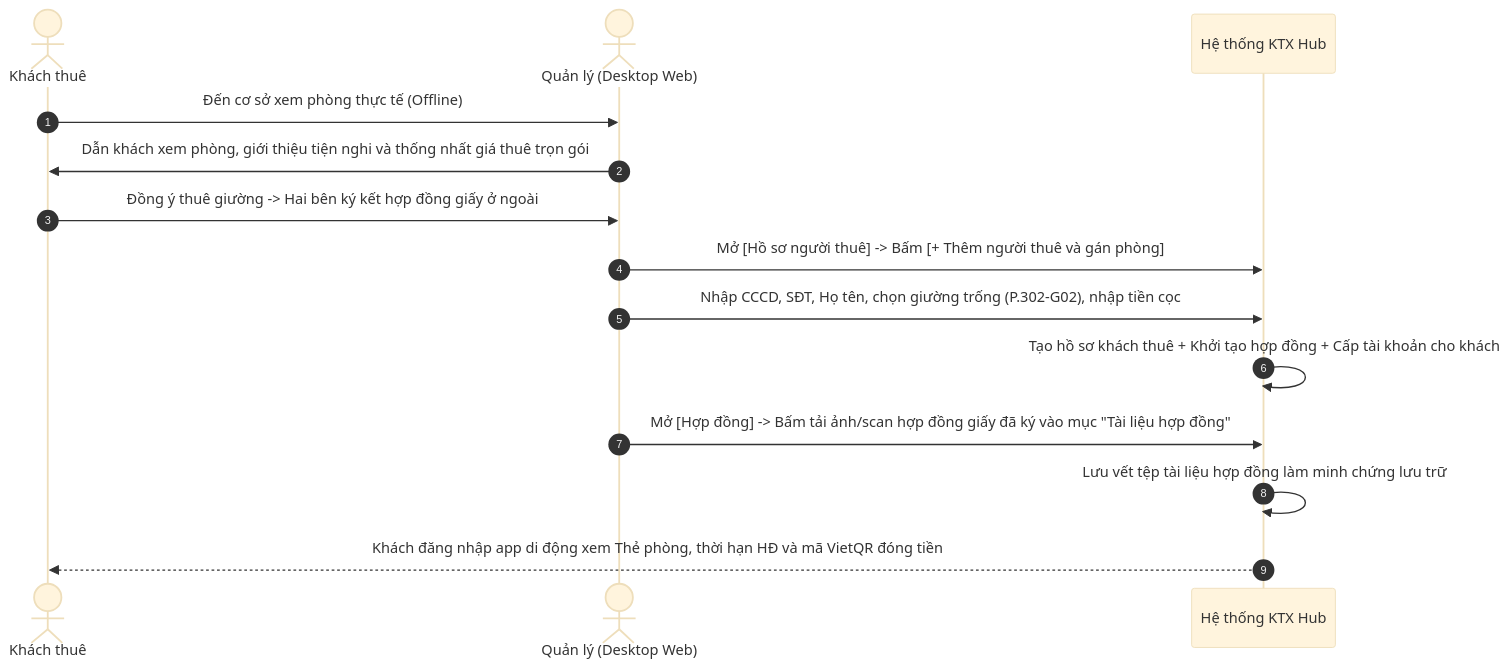
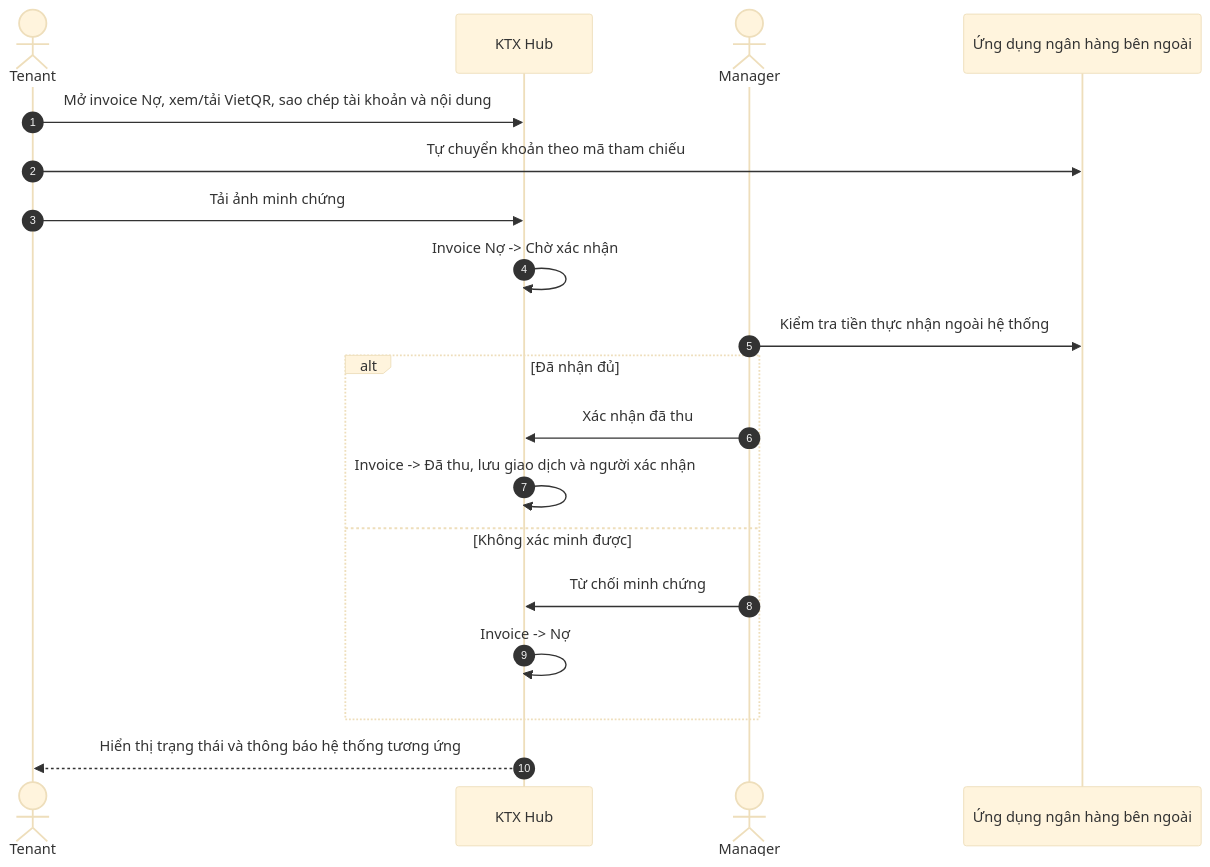
Before and after one commit to Quan-ly-ktx/quan-ly-ktx-be: the third of 8 diagrams in docs/SRS.md, drawn with Mermaid (base theme). The commit also changed other lines of this file and 2 other files, not shown here.

Commit message:
docs: update srs, erd

````diff
--- a/docs/SRS.md
+++ b/docs/SRS.md
@@ -674,17 +1023,21 @@
 ```mermaid
 sequenceDiagram
     autonumber
-    actor Khach as Khách thuê
-    actor BQL as Quản lý (Desktop Web)
-    participant Sys as Hệ thống KTX Hub
-
-    Khach->>BQL: Đến cơ sở xem phòng thực tế (Offline)
-    BQL->>Khach: Dẫn khách xem phòng, giới thiệu tiện nghi và thống nhất giá thuê trọn gói
-    Khach->>BQL: Đồng ý thuê giường -> Hai bên ký kết hợp đồng giấy ở ngoài
-    BQL->>Sys: Mở [Hồ sơ người thuê] -> Bấm [+ Thêm người thuê và gán phòng]
-    BQL->>Sys: Nhập CCCD, SĐT, Họ tên, chọn giường trống (P.302-G02), nhập tiền cọc
-    Sys->>Sys: Tạo hồ sơ khách thuê + Khởi tạo hợp đồng + Cấp tài khoản cho khách
-    BQL->>Sys: Mở [Hợp đồng] -> Bấm tải ảnh/scan hợp đồng giấy đã ký vào mục "Tài liệu hợp đồng"
-    Sys->>Sys: Lưu vết tệp tài liệu hợp đồng làm minh chứng lưu trữ
-    Sys-->>Khach: Khách đăng nhập app di động xem Thẻ phòng, thời hạn HĐ và mã VietQR đóng tiền
+    actor T as Tenant
+    participant S as KTX Hub
+    actor M as Manager
+    participant B as Ứng dụng ngân hàng bên ngoài
+    T->>S: Mở invoice Nợ, xem/tải VietQR, sao chép tài khoản và nội dung
+    T->>B: Tự chuyển khoản theo mã tham chiếu
+    T->>S: Tải ảnh minh chứng
+    S->>S: Invoice Nợ -> Chờ xác nhận
+    M->>B: Kiểm tra tiền thực nhận ngoài hệ thống
+    alt Đã nhận đủ
+        M->>S: Xác nhận đã thu
+        S->>S: Invoice -> Đã thu, lưu giao dịch và người xác nhận
+    else Không xác minh được
+        M->>S: Từ chối minh chứng
+        S->>S: Invoice -> Nợ
+    end
+    S-->>T: Hiển thị trạng thái và thông báo hệ thống tương ứng
 ```
````
